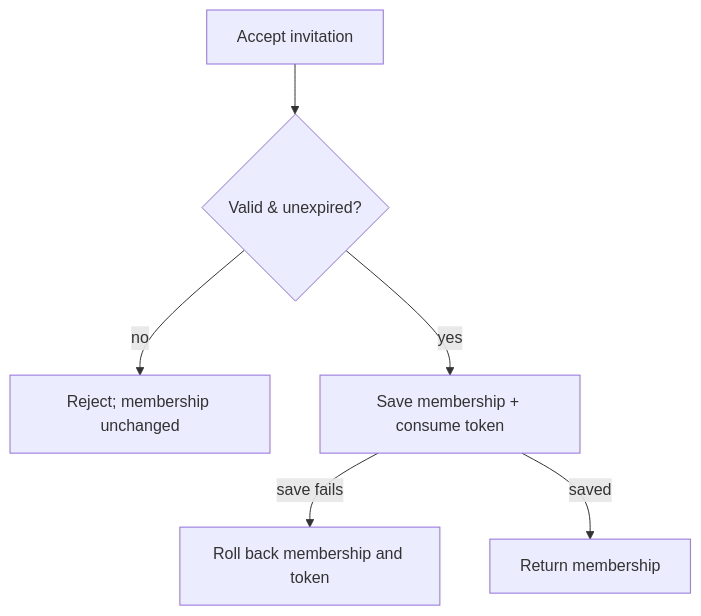
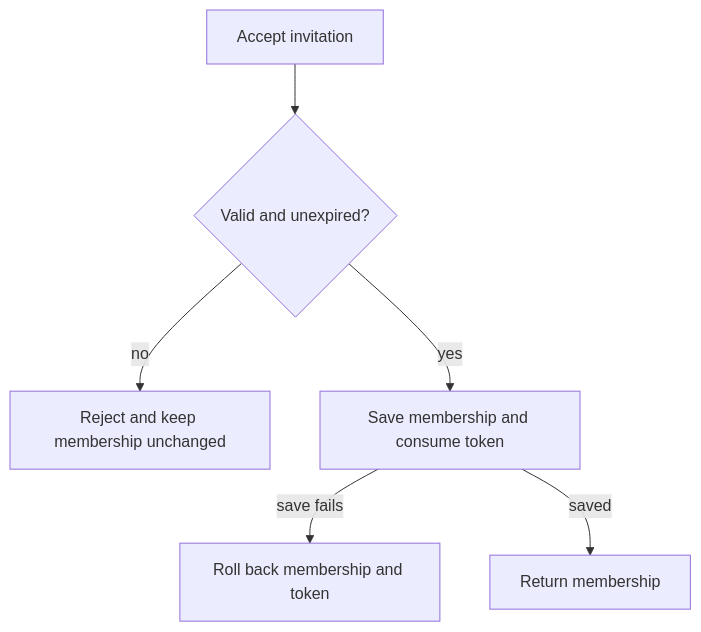
The diagram in skills/difflab-plan/references/authoring.md (difflab-io/difflab), drawn with Mermaid before and after one commit. The commit also changed other lines of this file and 11 other files, not shown here.

````diff
--- a/skills/difflab-plan/references/authoring.md
+++ b/skills/difflab-plan/references/authoring.md
@@ -41,8 +41,8 @@
 ```mermaid
 flowchart TD
-  Req["Accept invitation"] --> Valid{"Valid & unexpired?"}
-  Valid -->|"no"| Reject["Reject; membership unchanged"]
-  Valid -->|"yes"| Tx["Save membership + consume token"]
+  Req["Accept invitation"] --> Valid{"Valid and unexpired?"}
+  Valid -->|"no"| Reject["Reject and keep membership unchanged"]
+  Valid -->|"yes"| Tx["Save membership and consume token"]
   Tx -->|"save fails"| Rollback["Roll back membership and token"]
   Tx -->|"saved"| Done["Return membership"]
 ```
````
